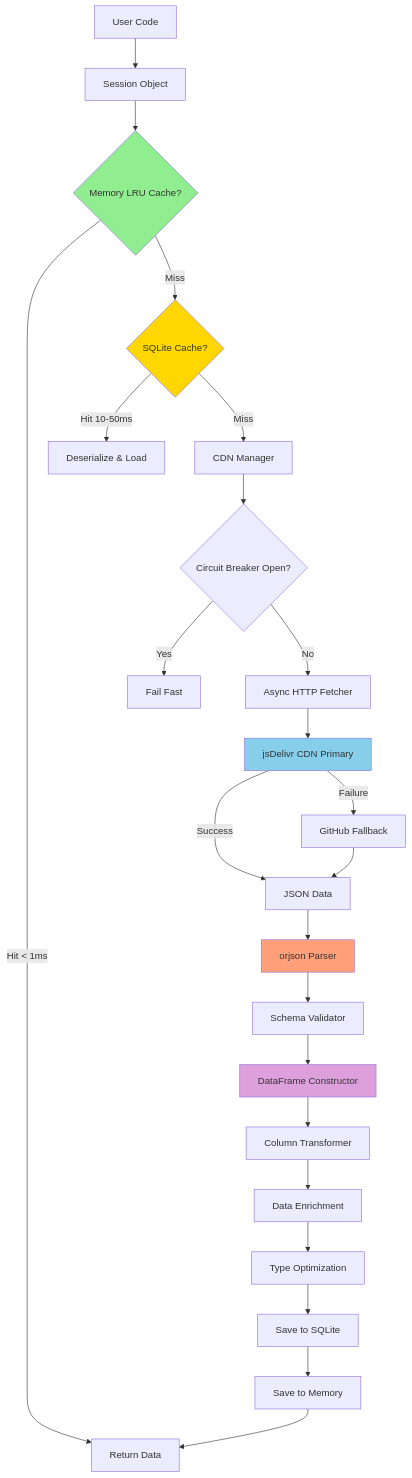
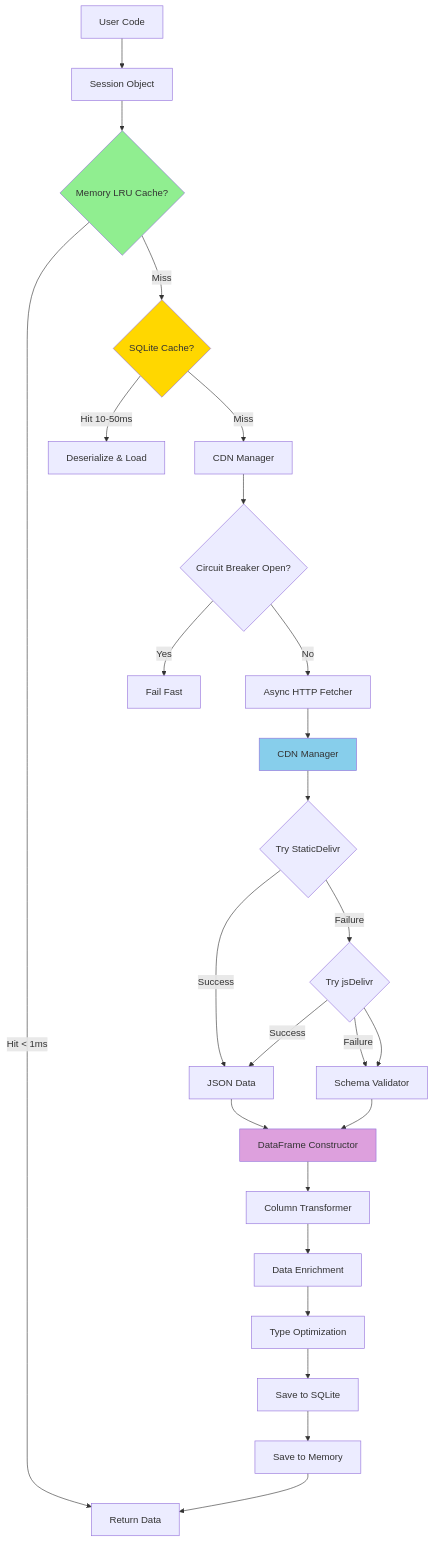
Before and after one commit to TracingInsights/tif1: the diagram in docs/concepts/data-flow.mdx, drawn with Mermaid. The commit also changed other lines of this file and 6 other files, not shown here.

````diff
--- a/docs/concepts/data-flow.mdx
+++ b/docs/concepts/data-flow.mdx
@@ -30,31 +30,33 @@
 ```mermaid
 graph TD
     A[User Code] --> B[Session Object]
     B --> C{Memory LRU Cache?}
     C -->|Hit < 1ms| D[Return Data]
     C -->|Miss| E{SQLite Cache?}
     E -->|Hit 10-50ms| F[Deserialize & Load]
     E -->|Miss| G[CDN Manager]
     G --> H{Circuit Breaker Open?}
     H -->|Yes| I[Fail Fast]
     H -->|No| J[Async HTTP Fetcher]
-    J --> K[jsDelivr CDN Primary]
-    K -->|Success| L[JSON Data]
-    K -->|Failure| M[GitHub Fallback]
-    M --> L
-    L --> N[orjson Parser]
+    J --> K[CDN Manager]
+    K --> L{Try StaticDelivr}
+    L -->|Success| M[JSON Data]
+    L -->|Failure| N{Try jsDelivr}
+    N -->|Success| M
+    N -->|Failure| O[Fail]
+    M --> P[orjson Parser]
     N --> O[Schema Validator]
     O --> P[DataFrame Constructor]
     P --> Q[Column Transformer]
     Q --> R[Data Enrichment]
     R --> S[Type Optimization]
     S --> T[Save to SQLite]
     T --> U[Save to Memory]
     U --> D
 
     style C fill:#90EE90
     style E fill:#FFD700
     style K fill:#87CEEB
-    style N fill:#FFA07A
+    style P fill:#FFA07A
     style P fill:#DDA0DD
 ```
````
